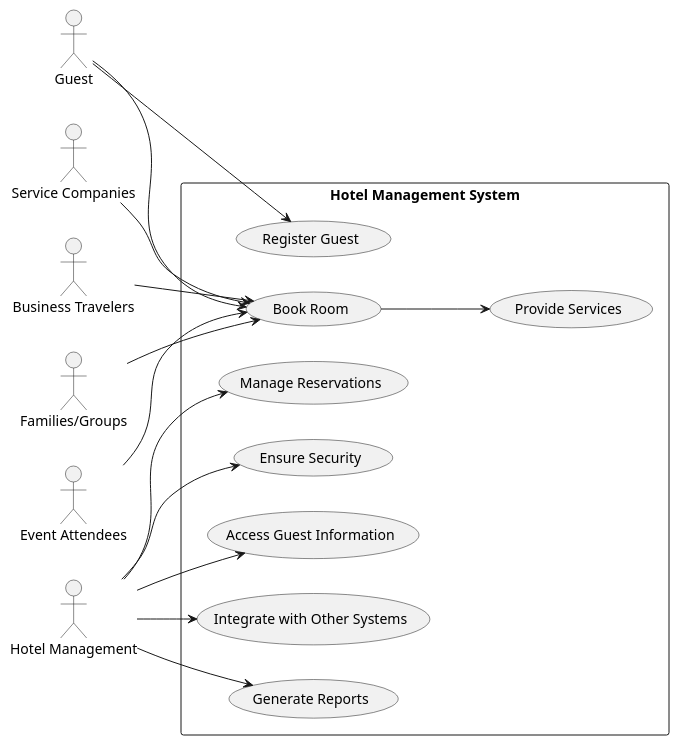
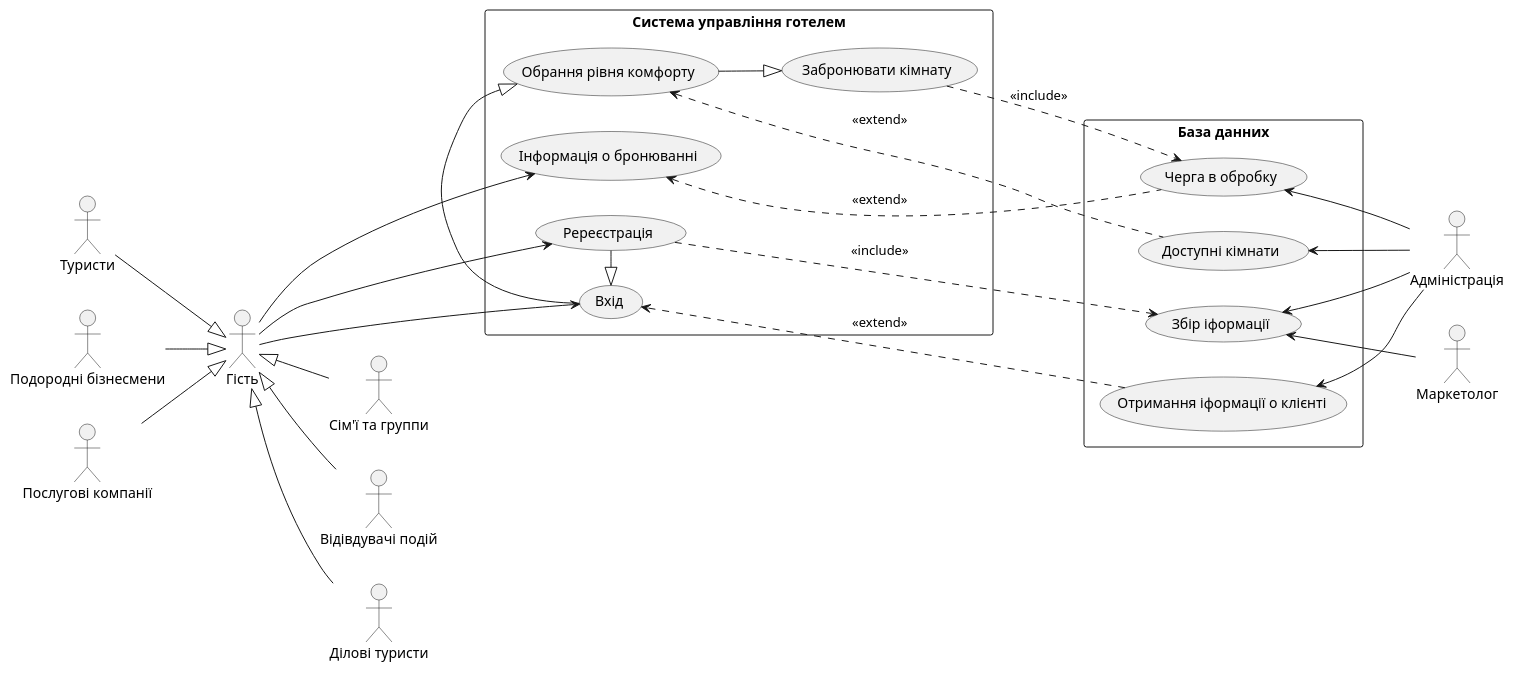
One commit to Tezlaa/AcademicWork changed the diagram in Semester4/SoftwareArchitecture/lab2/restoranUseCase.puml. Above: the diagram before and after it, drawn with PlantUML.

Commit message:
rewrite case uml

```diff
--- a/Semester4/SoftwareArchitecture/lab2/restoranUseCase.puml
+++ b/Semester4/SoftwareArchitecture/lab2/restoranUseCase.puml
@@ -1,39 +1,66 @@
 @startuml
+left to right direction
 
-left to right direction
-skinparam packageStyle rectangle
+actor "Адміністрація" as admin
+actor "Маркетолог" as marketing
+actor "Гість" as guest
 
-actor "Guest" as guest
-actor "Service Companies" as serviceCompanies
-actor "Business Travelers" as businessTravelers
-actor "Families/Groups" as familiesGroups
-actor "Event Attendees" as eventAttendees
-actor "Hotel Management" as hotelManagement
+actor "Туристи" as act_t
+actor "Подородні бізнесмени" as act_t_b
+actor "Сім'ї та группи" as act_f_a_g
+actor "Відівдувачі подій" as act_e_v
+actor "Ділові туристи" as act_b_t
+actor "Послугові компанії" as act_s_c
 
-rectangle "Hotel Management System" {
-  usecase "Register Guest" as registerGuest
-  usecase "Book Room" as bookRoom
-  usecase "Provide Services" as provideServices
-  usecase "Manage Reservations" as manageReservations
-  usecase "Ensure Security" as ensureSecurity
-  usecase "Access Guest Information" as accessGuestInformation
-  usecase "Integrate with Other Systems" as integrateWithOtherSystems
-  usecase "Generate Reports" as generateReports
+guest <|-- act_b_t 
+guest <|-- act_e_v
+guest <|-- act_f_a_g
+act_s_c --|> guest
+act_t_b --|> guest
+act_t --|> guest
 
-  guest --> registerGuest
-  guest --> bookRoom
-  serviceCompanies --> bookRoom
-  businessTravelers --> bookRoom
-  familiesGroups --> bookRoom
-  eventAttendees --> bookRoom
 
-  hotelManagement --> manageReservations
-  hotelManagement --> ensureSecurity
-  hotelManagement --> accessGuestInformation
-  hotelManagement --> integrateWithOtherSystems
-  hotelManagement --> generateReports
+rectangle "База данних" {
+  usecase "Збір іформації" as collect_data
+  usecase "Отримання іформації о клієнті" as receive_client_info
 
-  bookRoom --> provideServices
+  usecase "Доступні кімнати" as available_rooms
+
+  usecase "Черга в обробку" as queue
+
+  admin -up-> available_rooms
+  admin -up-> queue
+  admin -up-> collect_data
+  admin -up-> receive_client_info
+
+  marketing -up-> collect_data
 }
 
+
+rectangle "Система управління готелем" {
+  usecase "Вхід" as login
+  usecase "Ререєстрація" as register
+
+  usecase "Обрання рівня комфорту" as comfort_level
+  usecase "Забронювати кімнату" as book_room
+
+  usecase "Інформація о бронюванні" as book_info
+
+  guest ---> register
+  register -|> login
+  register ...> collect_data: <<include>>
+  receive_client_info ...> login: <<extend>> 
+
+  guest ---> login
+  login -|> comfort_level
+  comfort_level --|> book_room
+  comfort_level <.. available_rooms : <<extend>>
+  book_room ...> queue : <<include>>
+
+  book_info <--- guest
+  book_info <. queue : <<extend>>
+
+}
+
+
 @enduml
```
